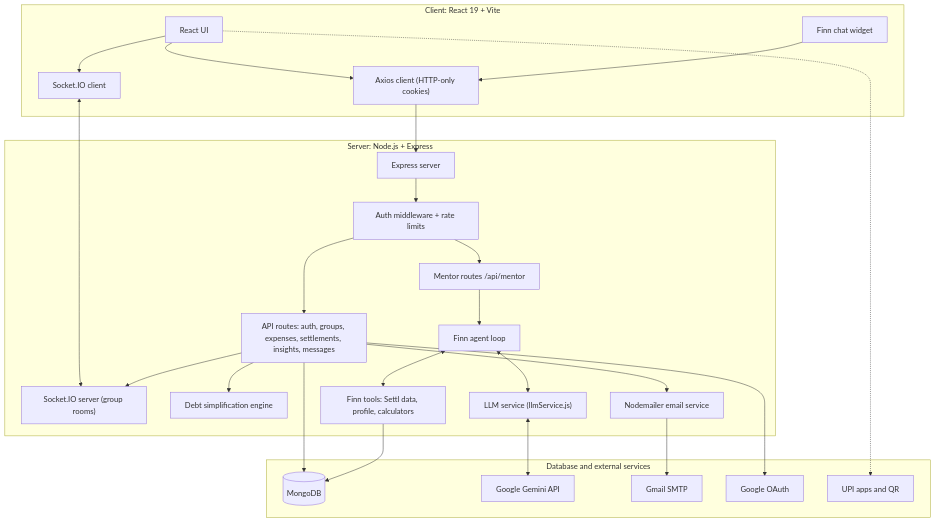
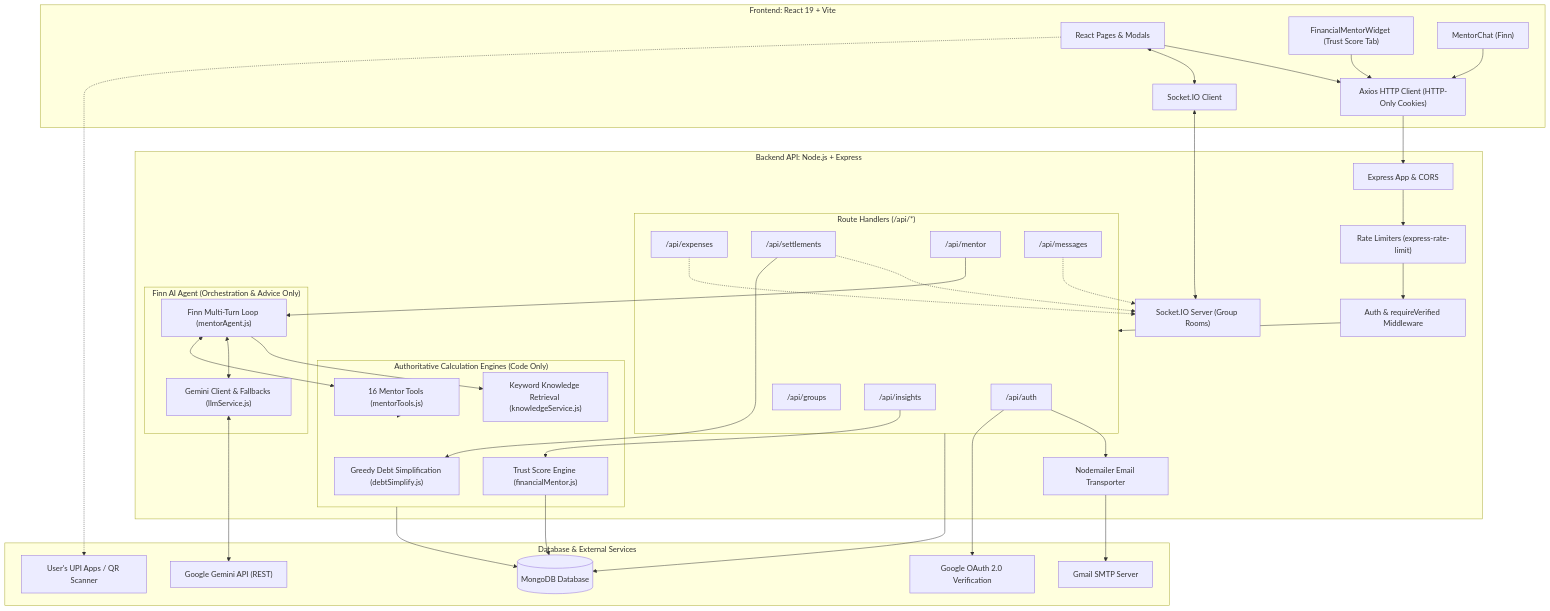
One commit to mikumaraditya/settl changed the diagram in README.md. Above: the diagram before and after it, drawn with Mermaid. The commit also changed other lines of this file and 19 other files, not shown here.

Commit message:
feat(trust-score): implement Trust Score 2.0 UI, idempotent ledger, audit preservation, and sync documentation

````diff
--- a/README.md
+++ b/README.md
@@ -23,51 +103,88 @@
 ```mermaid
 graph TD
-    subgraph Client["Client: React 19 + Vite"]
-        UI["React UI"]
-        FinnUI["Finn chat widget"]
-        Axios["Axios client (HTTP-only cookies)"]
-        SocketClient["Socket.IO client"]
+    subgraph Client["Frontend: React 19 + Vite"]
+        UI["React Pages & Modals"]
+        Widget["FinancialMentorWidget (Trust Score Tab)"]
+        Chat["MentorChat (Finn)"]
+        AxiosClient["Axios HTTP Client (HTTP-Only Cookies)"]
+        SocketClient["Socket.IO Client"]
     end
 
-    subgraph Backend["Server: Node.js + Express"]
-        Server["Express server"]
-        Auth["Auth middleware + rate limits"]
-        Routes["API routes: auth, groups, expenses, settlements, insights, messages"]
-        SocketServer["Socket.IO server (group rooms)"]
-        Debt["Debt simplification engine"]
-        Mailer["Nodemailer email service"]
-        MentorRoutes["Mentor routes /api/mentor"]
-        Agent["Finn agent loop"]
-        Tools["Finn tools: Settl data, profile, calculators"]
-        LLM["LLM service (llmService.js)"]
+    subgraph Backend["Backend API: Node.js + Express"]
+        Gateway["Express App & CORS"]
+        AuthMiddleware["Auth & requireVerified Middleware"]
+        RateLimiters["Rate Limiters (express-rate-limit)"]
+        
+        subgraph RouteControllers["Route Handlers (/api/*)"]
+            AuthRoutes["/api/auth"]
+            GroupRoutes["/api/groups"]
+            ExpenseRoutes["/api/expenses"]
+            SettlementRoutes["/api/settlements"]
+            InsightRoutes["/api/insights"]
+            MentorRoutes["/api/mentor"]
+            MessageRoutes["/api/messages"]
+        end
+
+        subgraph CoreEngines["Authoritative Calculation Engines (Code Only)"]
+            DebtEngine["Greedy Debt Simplification (debtSimplify.js)"]
+            ScoringEngine["Trust Score Engine (financialMentor.js)"]
+            KnowledgeEngine["Keyword Knowledge Retrieval (knowledgeService.js)"]
+            ToolRegistry["16 Mentor Tools (mentorTools.js)"]
+        end
+
+        subgraph AgentLayer["Finn AI Agent (Orchestration & Advice Only)"]
+            AgentLoop["Finn Multi-Turn Loop (mentorAgent.js)"]
+            LLMService["Gemini Client & Fallbacks (llmService.js)"]
+        end
+
+        SocketServer["Socket.IO Server (Group Rooms)"]
+        Mailer["Nodemailer Email Transporter"]
     end
 
-    subgraph External["Database and external services"]
-        Mongo[("MongoDB")]
-        Gemini["Google Gemini API"]
-        SMTP["Gmail SMTP"]
-        GoogleOAuth["Google OAuth"]
-        UPI["UPI apps and QR"]
+    subgraph StorageExternal["Database & External Services"]
+        MongoDB[("MongoDB Database")]
+        GeminiAPI["Google Gemini API (REST)"]
+        GoogleOAuth["Google OAuth 2.0 Verification"]
+        SMTP["Gmail SMTP Server"]
+        UPIApps["User's UPI Apps / QR Scanner"]
     end
 
-    UI --> Axios
-    FinnUI --> Axios
-    UI --> SocketClient
-    Axios --> Server
-    Server --> Auth
-    Auth --> Routes
-    Auth --> MentorRoutes
+    %% Client communication
+    UI --> AxiosClient
+    Widget --> AxiosClient
+    Chat --> AxiosClient
+    UI <--> SocketClient
+    UI -.-> UPIApps
+
+    %% Gateway & Middleware
+    AxiosClient --> Gateway
+    Gateway --> RateLimiters
+    RateLimiters --> AuthMiddleware
+    AuthMiddleware --> RouteControllers
+
+    %% Socket.IO
     SocketClient <--> SocketServer
-    Routes --> Mongo
-    Routes --> Debt
-    Routes --> SocketServer
-    Routes --> Mailer
-    Routes --> GoogleOAuth
+    SettlementRoutes -.-> SocketServer
+    ExpenseRoutes -.-> SocketServer
+    MessageRoutes -.-> SocketServer
+
+    %% Route interactions with Core Engines
+    SettlementRoutes --> DebtEngine
+    InsightRoutes --> ScoringEngine
+    AuthRoutes --> Mailer
+    AuthRoutes --> GoogleOAuth
     Mailer --> SMTP
-    MentorRoutes --> Agent
-    Agent <--> Tools
-    Tools --> Mongo
-    Agent <--> LLM
-    LLM <--> Gemini
-    UI -.-> UPI
+
+    %% Finn interactions
+    MentorRoutes --> AgentLoop
+    AgentLoop --> KnowledgeEngine
+    AgentLoop <--> LLMService
+    LLMService <--> GeminiAPI
+    AgentLoop <--> ToolRegistry
+    ToolRegistry --> CoreEngines
+
+    %% Persistence
+    RouteControllers --> MongoDB
+    CoreEngines --> MongoDB
+    ScoringEngine --> MongoDB
 ```
````
